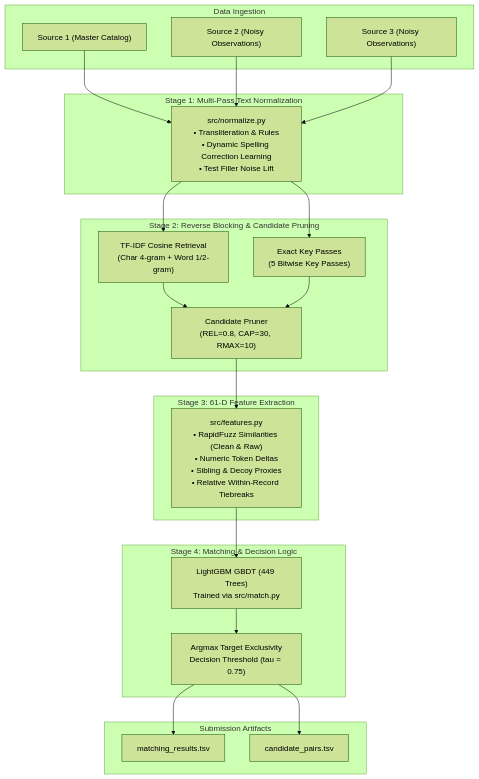
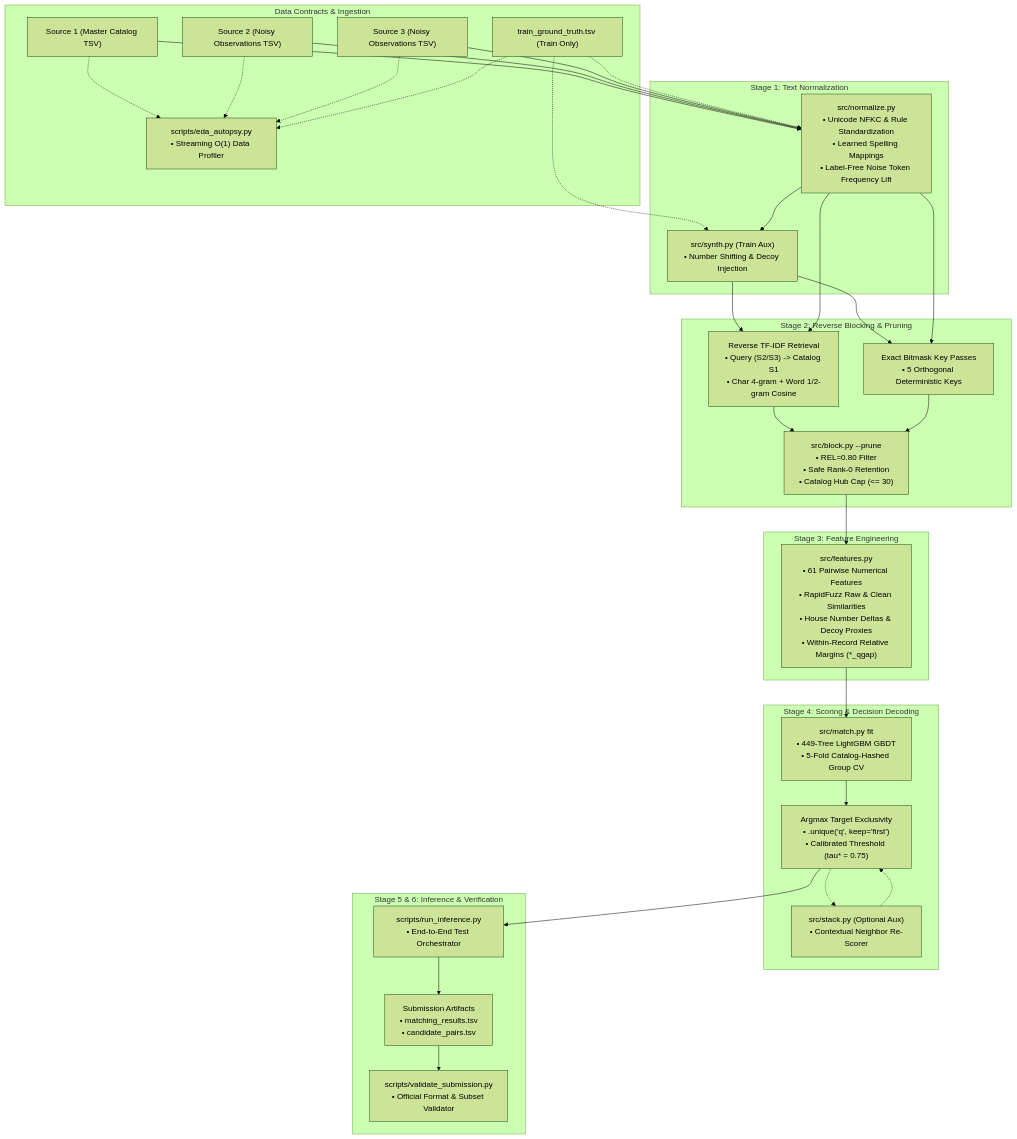
The diagram in docs/architecture.md (srushtijayaraman/amazon-ml-challenge-2026), drawn with Mermaid (forest theme) before and after one commit. The commit also changed other lines of this file and 1 other file, not shown here.

Commit message:
docs: improve project architecture documentation

````diff
--- a/docs/architecture.md
+++ b/docs/architecture.md
@@ -12,40 +54,53 @@
 ```mermaid
 flowchart TD
-    subgraph Input ["Data Ingestion"]
-        S1["Source 1 (Master Catalog)"]
-        S2["Source 2 (Noisy Observations)"]
-        S3["Source 3 (Noisy Observations)"]
+    subgraph Data ["Data Contracts & Ingestion"]
+        S1["Source 1 (Master Catalog TSV)"]
+        S2["Source 2 (Noisy Observations TSV)"]
+        S3["Source 3 (Noisy Observations TSV)"]
+        GT["train_ground_truth.tsv (Train Only)"]
+        Autopsy["scripts/eda_autopsy.py<br/>• Streaming O(1) Data Profiler"]
     end
 
-    subgraph Stage1 ["Stage 1: Multi-Pass Text Normalization"]
-        Norm["src/normalize.py<br/>• Transliteration & Rules<br/>• Dynamic Spelling Correction Learning<br/>• Test Filler Noise Lift"]
+    subgraph Stage1 ["Stage 1: Text Normalization"]
+        Norm["src/normalize.py<br/>• Unicode NFKC & Rule Standardization<br/>• Learned Spelling Mappings<br/>• Label-Free Noise Token Frequency Lift"]
+        Synth["src/synth.py (Train Aux)<br/>• Number Shifting & Decoy Injection"]
     end
 
-    subgraph Stage2 ["Stage 2: Reverse Blocking & Candidate Pruning"]
-        TFIDF["TF-IDF Cosine Retrieval<br/>(Char 4-gram + Word 1/2-gram)"]
-        Keys["Exact Key Passes<br/>(5 Bitwise Key Passes)"]
-        Prune["Candidate Pruner<br/>(REL=0.8, CAP=30, RMAX=10)"]
+    subgraph Stage2 ["Stage 2: Reverse Blocking & Pruning"]
+        TFIDF["Reverse TF-IDF Retrieval<br/>• Query (S2/S3) -> Catalog S1<br/>• Char 4-gram + Word 1/2-gram Cosine"]
+        Keys["Exact Bitmask Key Passes<br/>• 5 Orthogonal Deterministic Keys"]
+        Prune["src/block.py --prune<br/>• REL=0.80 Filter<br/>• Safe Rank-0 Retention<br/>• Catalog Hub Cap (<= 30)"]
     end
 
-    subgraph Stage3 ["Stage 3: 61-D Feature Extraction"]
-        Feats["src/features.py<br/>• RapidFuzz Similarities (Clean & Raw)<br/>• Numeric Token Deltas<br/>• Sibling & Decoy Proxies<br/>• Relative Within-Record Tiebreaks"]
+    subgraph Stage3 ["Stage 3: Feature Engineering"]
+        Feats["src/features.py<br/>• 61 Pairwise Numerical Features<br/>• RapidFuzz Raw & Clean Similarities<br/>• House Number Deltas & Decoy Proxies<br/>• Within-Record Relative Margins (*_qgap)"]
     end
 
-    subgraph Stage4 ["Stage 4: Matching & Decision Logic"]
-        Model["LightGBM GBDT (449 Trees)<br/>Trained via src/match.py"]
-        Decide["Argmax Target Exclusivity<br/>Decision Threshold (tau = 0.75)"]
+    subgraph Stage4 ["Stage 4: Scoring & Decision Decoding"]
+        Train["src/match.py fit<br/>• 449-Tree LightGBM GBDT<br/>• 5-Fold Catalog-Hashed Group CV"]
+        Stack["src/stack.py (Optional Aux)<br/>• Contextual Neighbor Re-Scorer"]
+        Decide["Argmax Target Exclusivity<br/>• .unique('q', keep='first')<br/>• Calibrated Threshold (tau* = 0.75)"]
     end
 
-    subgraph Output ["Submission Artifacts"]
-        MTSV["matching_results.tsv"]
-        CTSV["candidate_pairs.tsv"]
+    subgraph Stage5 ["Stage 5 & 6: Inference & Verification"]
+        Runner["scripts/run_inference.py<br/>• End-to-End Test Orchestrator"]
+        Artifacts["Submission Artifacts<br/>• matching_results.tsv<br/>• candidate_pairs.tsv"]
+        Validator["scripts/validate_submission.py<br/>• Official Format & Subset Validator"]
     end
 
     S1 & S2 & S3 --> Norm
+    GT -.-> Norm & Synth
+    Norm --> Synth
+    Synth --> TFIDF & Keys
     Norm --> TFIDF & Keys
     TFIDF & Keys --> Prune
     Prune --> Feats
-    Feats --> Model
-    Model --> Decide
-    Decide --> MTSV & CTSV
+    Feats --> Train
+    Train --> Decide
+    Decide -.-> Stack
+    Stack -.-> Decide
+    Decide --> Runner
+    Runner --> Artifacts
+    Artifacts --> Validator
+    S1 & S2 & S3 & GT -.-> Autopsy
 ```
````
